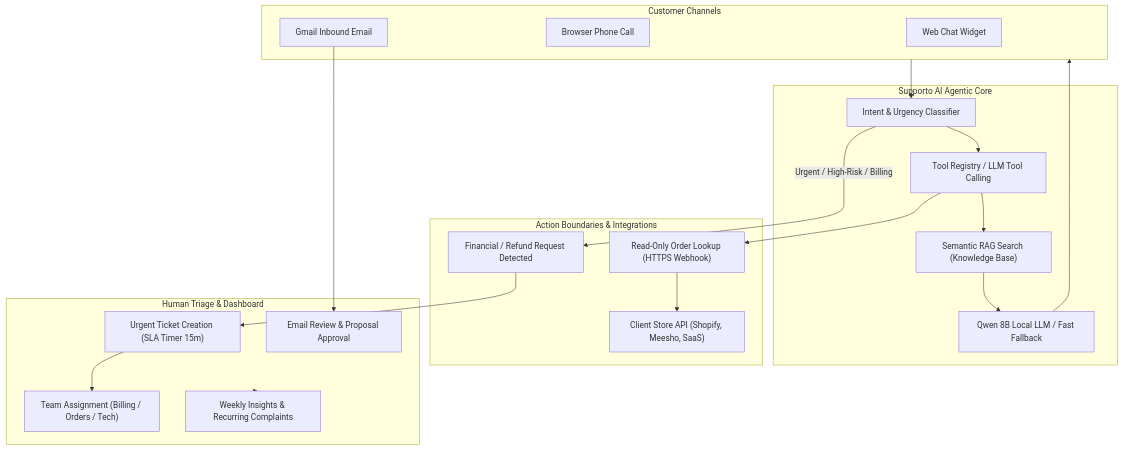
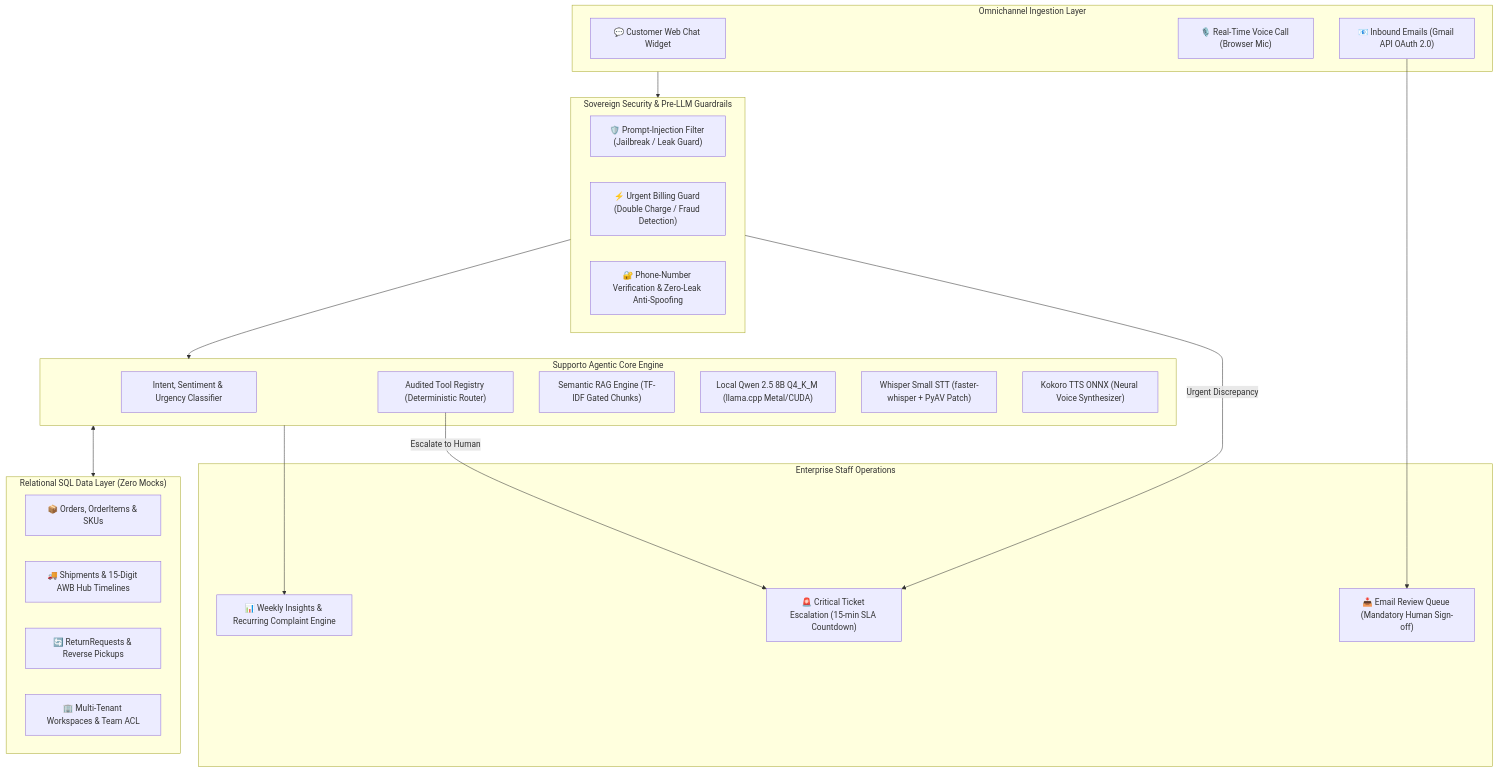
The diagram in README.md (vanshhsoniproduction-lgtm/supporto-ai), drawn with Mermaid before and after one commit. The commit also changed other lines of this file, not shown here.

Commit message:
docs: overhaul README for Sphinx '26 with sovereign AI architecture, security, and evaluation matrix

````diff
--- a/README.md
+++ b/README.md
@@ -59,42 +91,44 @@
 ```mermaid
 flowchart TD
-    subgraph Channels ["Customer Channels"]
-        A1["Web Chat Widget"]
-        A2["Browser Phone Call"]
-        A3["Gmail Inbound Email"]
+    subgraph Ingestion ["Omnichannel Ingestion Layer"]
+        C1["💬 Customer Web Chat Widget"]
+        C2["🎙️ Real-Time Voice Call (Browser Mic)"]
+        C3["📧 Inbound Emails (Gmail API OAuth 2.0)"]
     end
 
-    subgraph Agent ["Supporto AI Agentic Core"]
-        B1["Intent & Urgency Classifier"]
-        B2["Tool Registry / LLM Tool Calling"]
-        B3["Semantic RAG Search (Knowledge Base)"]
-        B4["Qwen 8B Local LLM / Fast Fallback"]
+    subgraph Security ["Sovereign Security & Pre-LLM Guardrails"]
+        S1["🛡️ Prompt-Injection Filter (Jailbreak / Leak Guard)"]
+        S2["⚡ Urgent Billing Guard (Double Charge / Fraud Detection)"]
+        S3["🔐 Phone-Number Verification & Zero-Leak Anti-Spoofing"]
     end
 
-    subgraph Boundaries ["Action Boundaries & Integrations"]
-        C1["Read-Only Order Lookup (HTTPS Webhook)"]
-        C2["Client Store API (Shopify, Meesho, SaaS)"]
-        C3["Financial / Refund Request Detected"]
+    subgraph AgenticCore ["Supporto Agentic Core Engine"]
+        A1["Intent, Sentiment & Urgency Classifier"]
+        A2["Audited Tool Registry (Deterministic Router)"]
+        A3["Semantic RAG Engine (TF-IDF Gated Chunks)"]
+        A4["Local Qwen 2.5 8B Q4_K_M (llama.cpp Metal/CUDA)"]
+        A5["Whisper Small STT (faster-whisper + PyAV Patch)"]
+        A6["Kokoro TTS ONNX (Neural Voice Synthesizer)"]
     end
 
-    subgraph HumanStaff ["Human Triage & Dashboard"]
-        D1["Urgent Ticket Creation (SLA Timer 15m)"]
-        D2["Team Assignment (Billing / Orders / Tech)"]
-        D3["Email Review & Proposal Approval"]
-        D4["Weekly Insights & Recurring Complaints"]
+    subgraph RelationalData ["Relational SQL Data Layer (Zero Mocks)"]
+        D1["📦 Orders, OrderItems & SKUs"]
+        D2["🚚 Shipments & 15-Digit AWB Hub Timelines"]
+        D3["🔄 ReturnRequests & Reverse Pickups"]
+        D4["🏢 Multi-Tenant Workspaces & Team ACL"]
     end
 
-    Channels --> B1
-    B1 --> B2
-    B2 --> B3
-    B2 --> C1
-    C1 --> C2
-    B3 --> B4
-    B4 --> Channels
+    subgraph StaffPlatform ["Enterprise Staff Operations"]
+        H1["🚨 Critical Ticket Escalation (15-min SLA Countdown)"]
+        H2["📥 Email Review Queue (Mandatory Human Sign-off)"]
+        H3["📊 Weekly Insights & Recurring Complaint Engine"]
+    end
 
-    B1 -->|Urgent / High-Risk / Billing| C3
-    C3 --> D1
-    D1 --> D2
-    A3 --> D3
-    HumanStaff --> D4
+    Ingestion --> Security
+    Security --> AgenticCore
+    AgenticCore <--> RelationalData
+    Security -->|Urgent Discrepancy| H1
+    A2 -->|Escalate to Human| H1
+    C3 --> H2
+    AgenticCore --> H3
 ```
````
